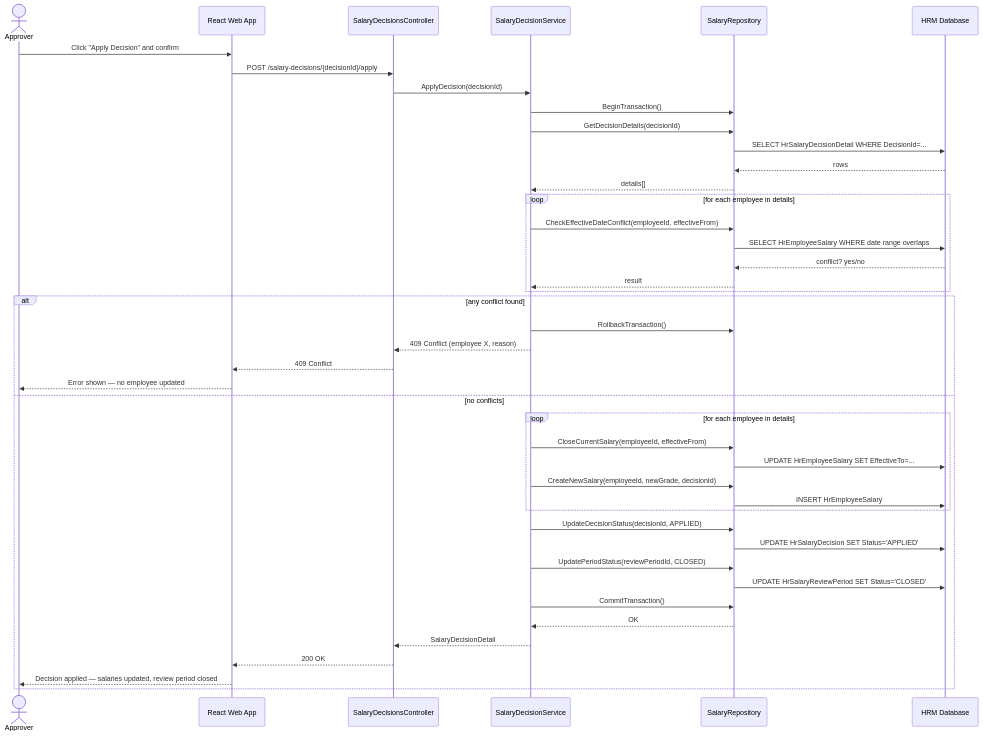
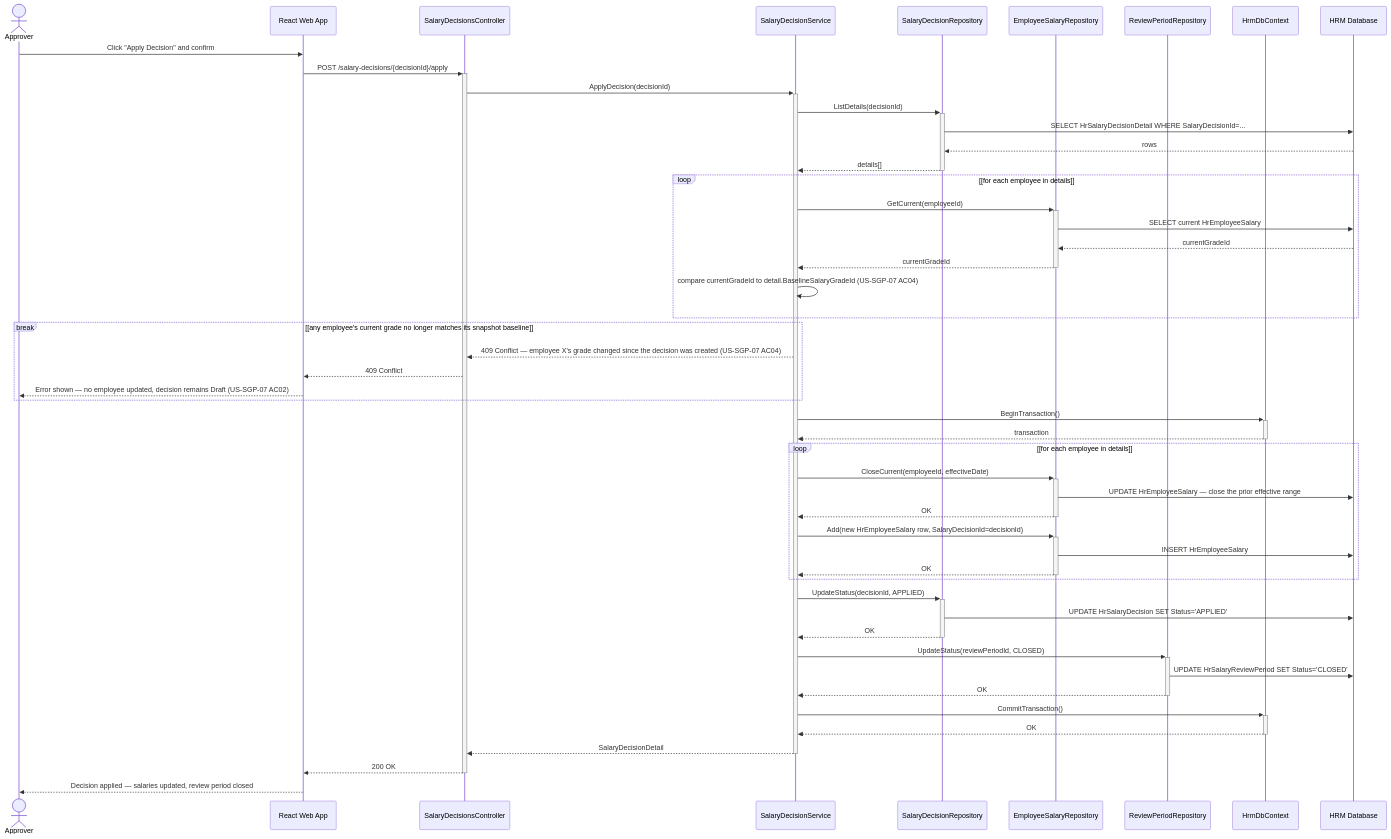
Diagram 17 of 20 in Docs/DetailedDesign/SequenceDiagrams.md (sang2197/QuanLyNhanSu-NguyenVanSang), drawn with Mermaid before and after one commit. The commit also changed other lines of this file and 30 other files, not shown here.

````diff
--- a/Docs/DetailedDesign/SequenceDiagrams.md
+++ b/Docs/DetailedDesign/SequenceDiagrams.md
@@ -88,46 +735,53 @@
 ```mermaid
 sequenceDiagram
     actor APR as Approver
     participant FE as React Web App
     participant API as SalaryDecisionsController
     participant SVC as SalaryDecisionService
-    participant REPO as SalaryRepository
+    participant DREPO as SalaryDecisionRepository
+    participant SALREPO as EmployeeSalaryRepository
+    participant PREPO as ReviewPeriodRepository
+    participant UOW as HrmDbContext
     participant DB as HRM Database
 
     APR->>FE: Click "Apply Decision" and confirm
-    FE->>API: POST /salary-decisions/{decisionId}/apply
-    API->>SVC: ApplyDecision(decisionId)
-    SVC->>REPO: BeginTransaction()
-    SVC->>REPO: GetDecisionDetails(decisionId)
-    REPO->>DB: SELECT HrSalaryDecisionDetail WHERE DecisionId=...
-    DB-->>REPO: rows
-    REPO-->>SVC: details[]
-    loop for each employee in details
-        SVC->>REPO: CheckEffectiveDateConflict(employeeId, effectiveFrom)
-        REPO->>DB: SELECT HrEmployeeSalary WHERE date range overlaps
-        DB-->>REPO: conflict? yes/no
-        REPO-->>SVC: result
+    FE->>+API: POST /salary-decisions/{decisionId}/apply
+    API->>+SVC: ApplyDecision(decisionId)
+    SVC->>+DREPO: ListDetails(decisionId)
+    DREPO->>DB: SELECT HrSalaryDecisionDetail WHERE SalaryDecisionId=...
+    DB-->>DREPO: rows
+    DREPO-->>-SVC: details[]
+    loop [for each employee in details]
+        SVC->>+SALREPO: GetCurrent(employeeId)
+        SALREPO->>DB: SELECT current HrEmployeeSalary
+        DB-->>SALREPO: currentGradeId
+        SALREPO-->>-SVC: currentGradeId
+        SVC->>SVC: compare currentGradeId to detail.BaselineSalaryGradeId (US-SGP-07 AC04)
     end
-    alt any conflict found
-        SVC->>REPO: RollbackTransaction()
-        SVC-->>API: 409 Conflict (employee X, reason)
+    break [any employee's current grade no longer matches its snapshot baseline]
+        SVC-->>API: 409 Conflict — employee X's grade changed since the decision was created (US-SGP-07 AC04)
         API-->>FE: 409 Conflict
-        FE-->>APR: Error shown — no employee updated
-    else no conflicts
-        loop for each employee in details
-            SVC->>REPO: CloseCurrentSalary(employeeId, effectiveFrom)
-            REPO->>DB: UPDATE HrEmployeeSalary SET EffectiveTo=...
-            SVC->>REPO: CreateNewSalary(employeeId, newGrade, decisionId)
-            REPO->>DB: INSERT HrEmployeeSalary
-        end
-        SVC->>REPO: UpdateDecisionStatus(decisionId, APPLIED)
-        REPO->>DB: UPDATE HrSalaryDecision SET Status='APPLIED'
-        SVC->>REPO: UpdatePeriodStatus(reviewPeriodId, CLOSED)
-        REPO->>DB: UPDATE HrSalaryReviewPeriod SET Status='CLOSED'
-        SVC->>REPO: CommitTransaction()
-        REPO-->>SVC: OK
-        SVC-->>API: SalaryDecisionDetail
-        API-->>FE: 200 OK
-        FE-->>APR: Decision applied — salaries updated, review period closed
+        FE-->>APR: Error shown — no employee updated, decision remains Draft (US-SGP-07 AC02)
     end
+    SVC->>+UOW: BeginTransaction()
+    UOW-->>-SVC: transaction
+    loop [for each employee in details]
+        SVC->>+SALREPO: CloseCurrent(employeeId, effectiveDate)
+        SALREPO->>DB: UPDATE HrEmployeeSalary — close the prior effective range
+        SALREPO-->>-SVC: OK
+        SVC->>+SALREPO: Add(new HrEmployeeSalary row, SalaryDecisionId=decisionId)
+        SALREPO->>DB: INSERT HrEmployeeSalary
+        SALREPO-->>-SVC: OK
+    end
+    SVC->>+DREPO: UpdateStatus(decisionId, APPLIED)
+    DREPO->>DB: UPDATE HrSalaryDecision SET Status='APPLIED'
+    DREPO-->>-SVC: OK
+    SVC->>+PREPO: UpdateStatus(reviewPeriodId, CLOSED)
+    PREPO->>DB: UPDATE HrSalaryReviewPeriod SET Status='CLOSED'
+    PREPO-->>-SVC: OK
+    SVC->>+UOW: CommitTransaction()
+    UOW-->>-SVC: OK
+    SVC-->>-API: SalaryDecisionDetail
+    API-->>-FE: 200 OK
+    FE-->>APR: Decision applied — salaries updated, review period closed
 ```
````
